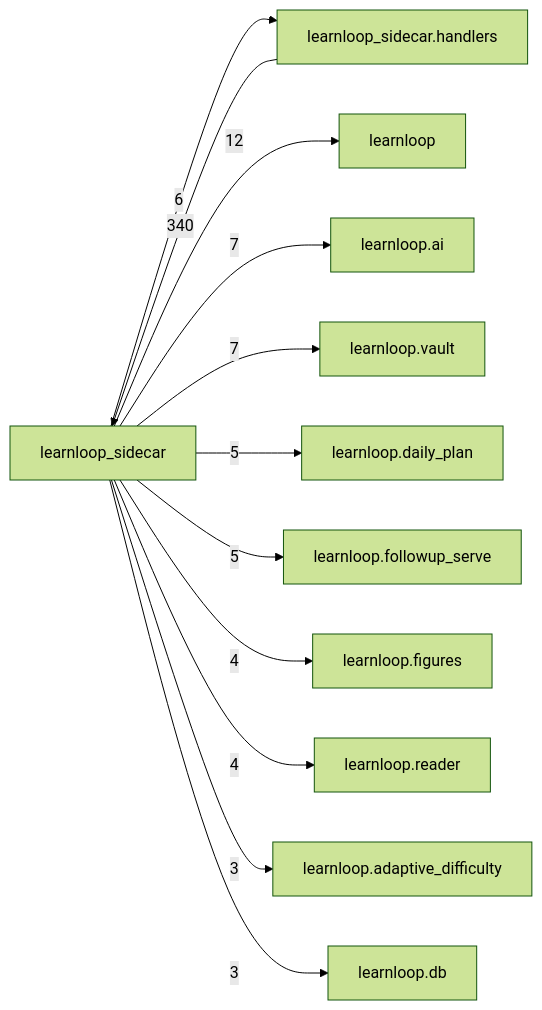
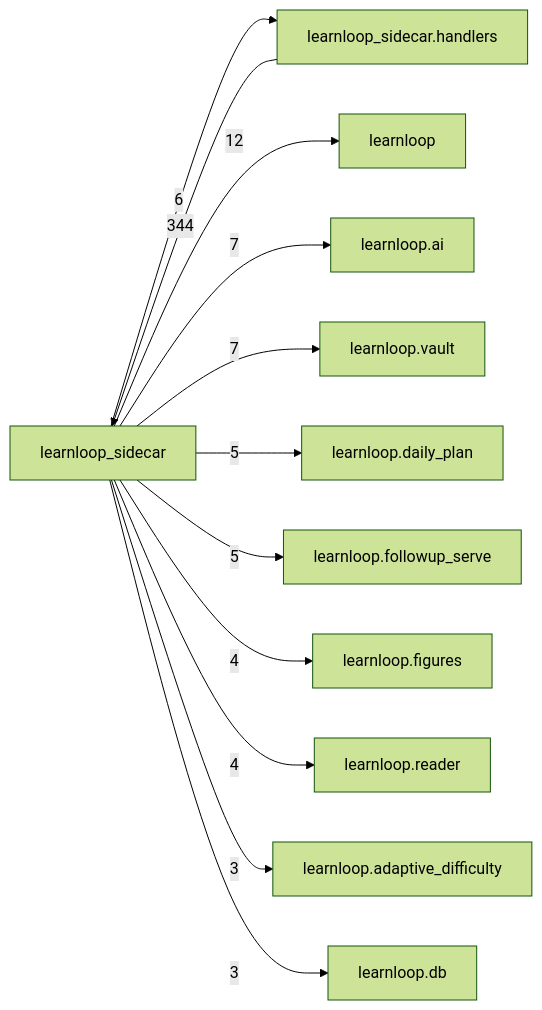
The diagram in docs/learnloop-architecture-vault/Reference/Modules/learnloop_sidecar/_package.md (6up-b/learnanything), drawn with Mermaid (forest theme) before and after one commit. The commit also changed other lines of this file and 61 other files, not shown here.

First line of the commit message:
References regenerated on B9 (learnloop.why, the sidecar's why handler, line shifts)

````diff
--- a/docs/learnloop-architecture-vault/Reference/Modules/learnloop_sidecar/_package.md
+++ b/docs/learnloop-architecture-vault/Reference/Modules/learnloop_sidecar/_package.md
@@ -126,25 +126,25 @@
 ```mermaid
 flowchart LR
     center["learnloop_sidecar"]
     n_learnloop_sidecar_handlers["learnloop_sidecar.handlers"]
     n_learnloop["learnloop"]
     n_learnloop_ai["learnloop.ai"]
     n_learnloop_vault["learnloop.vault"]
     n_learnloop_daily_plan["learnloop.daily_plan"]
     n_learnloop_followup_serve["learnloop.followup_serve"]
     n_learnloop_figures["learnloop.figures"]
     n_learnloop_reader["learnloop.reader"]
     n_learnloop_adaptive_difficulty["learnloop.adaptive_difficulty"]
     n_learnloop_db["learnloop.db"]
-    n_learnloop_sidecar_handlers -->|340| center
+    n_learnloop_sidecar_handlers -->|344| center
     center -->|6| n_learnloop_sidecar_handlers
     center -->|12| n_learnloop
     center -->|7| n_learnloop_ai
     center -->|7| n_learnloop_vault
     center -->|5| n_learnloop_daily_plan
     center -->|5| n_learnloop_followup_serve
     center -->|4| n_learnloop_figures
     center -->|4| n_learnloop_reader
     center -->|3| n_learnloop_adaptive_difficulty
     center -->|3| n_learnloop_db
 ```
````
